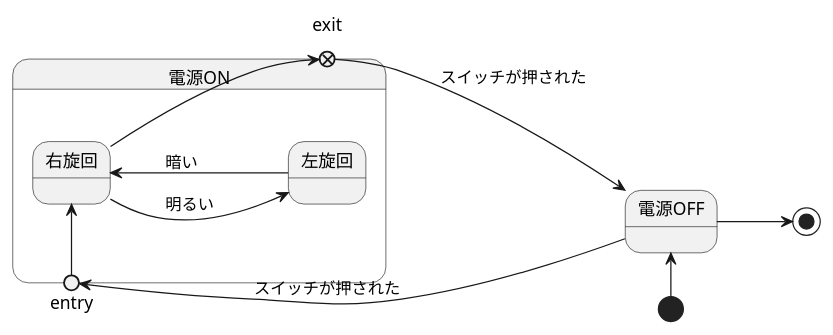
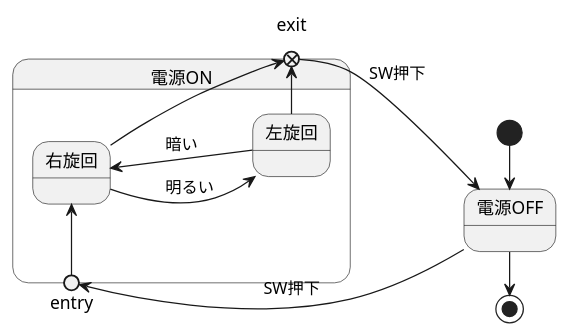
The diagram in 演習６/演習6-5-3_ステートマシン図_ライントレーサー.pu (Kuya0307/unl-introduction), drawn with PlantUML before and after one commit.

Commit message:
6-5-3を修正

```diff
--- a/演習６/演習6-5-3_ステートマシン図_ライントレーサー.pu
+++ b/演習６/演習6-5-3_ステートマシン図_ライントレーサー.pu
@@ -1,15 +1,16 @@
 @startuml ステートマシン図
 left to right direction
 state 電源ON{
 state entry <<entryPoint>>
 state exit <<exitPoint>>
-entry -left-> 右旋回
+左旋回 --> 右旋回 : 暗い
 右旋回 --> 左旋回 :　明るい
-左旋回 --> 右旋回 : 暗い
+entry -> 右旋回
 }
-電源OFF --> entry :スイッチが押された
-exit --> 電源OFF :スイッチが押された
-右旋回 --> exit
-[*] -left-> 電源OFF
-電源OFF --> [*]
+電源OFF -> entry :SW押下
+exit --> 電源OFF :SW押下
+右旋回 -> exit
+左旋回 -> exit
+[*] -> 電源OFF
+電源OFF -> [*]
 @enduml
```
